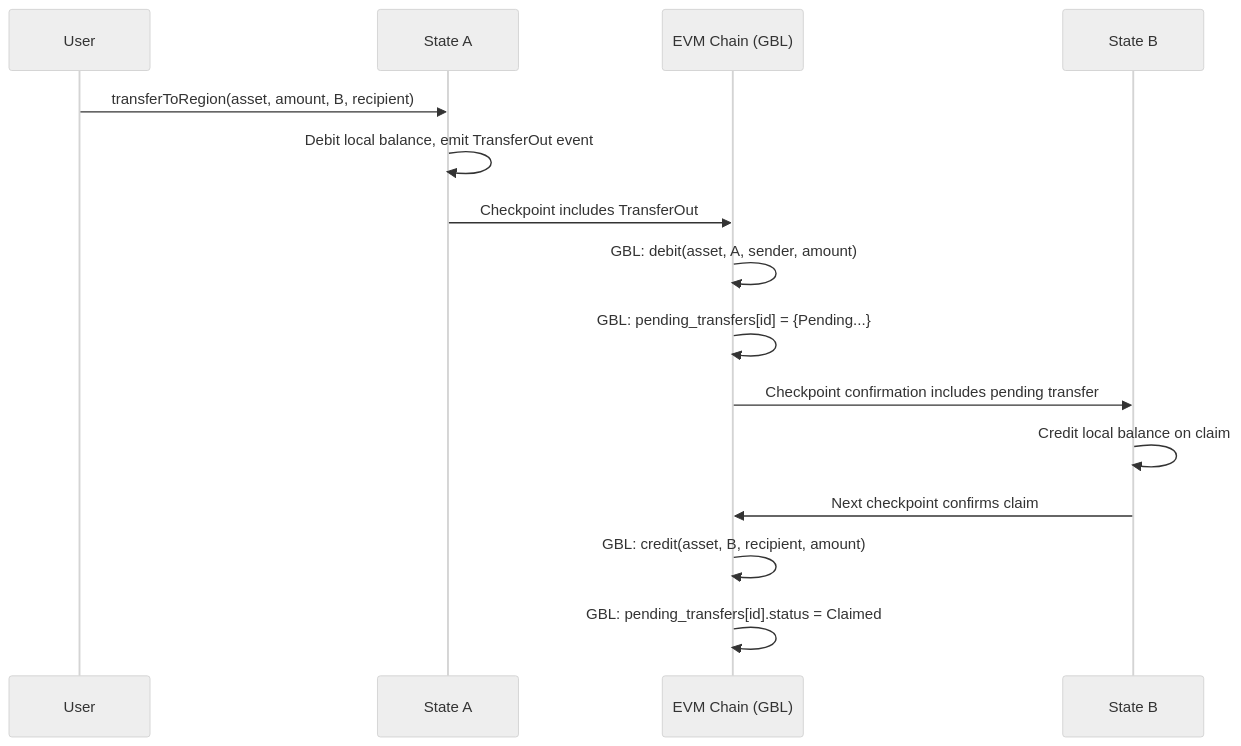
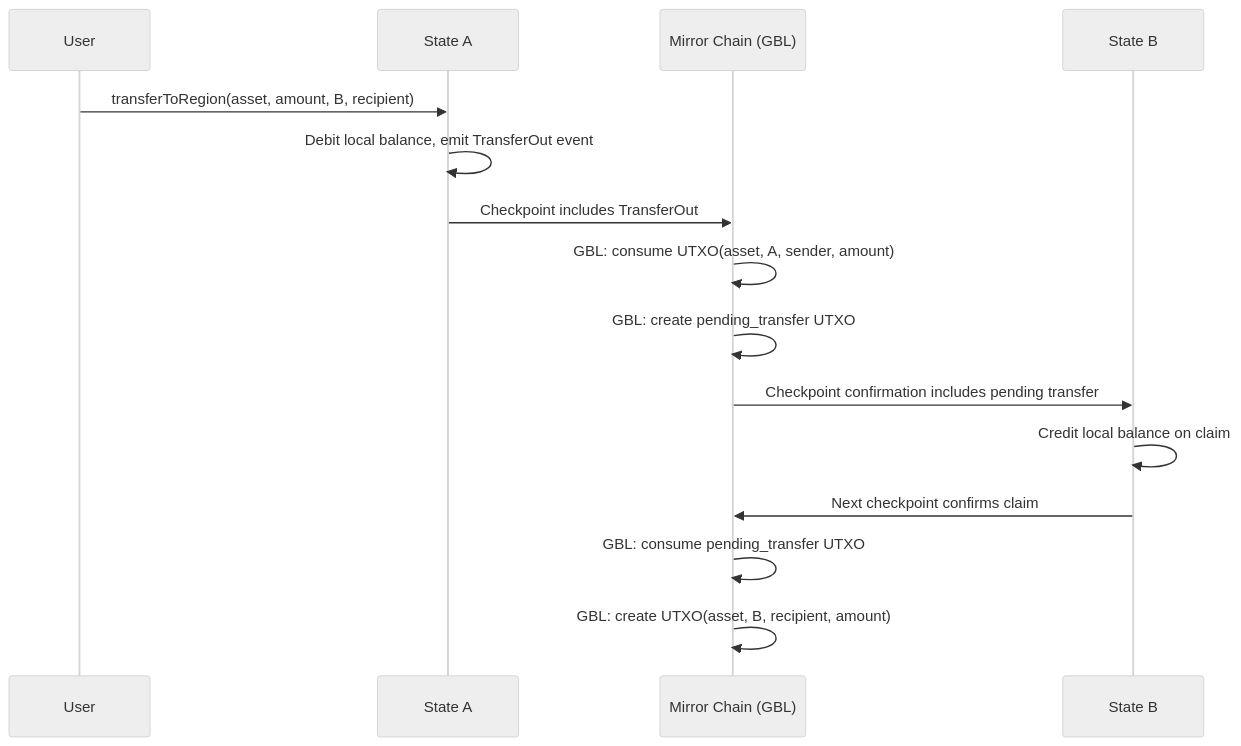
The second of 5 diagrams in whitepaper.md (cryft-labs/cryftnet-whitepaper), drawn with Mermaid (neutral theme) before and after one commit. The commit also changed other lines of this file and 10 other files, not shown here.

First line of the commit message:
Refactor Global Balance Ledger (GBL) architecture and responsibilities across chains

````diff
--- a/whitepaper.md
+++ b/whitepaper.md
@@ -219,18 +236,18 @@
 ```mermaid
 sequenceDiagram
   participant User
   participant StateA as State A
-  participant MChain as EVM Chain (GBL)
+  participant Mirror as Mirror Chain (GBL)
   participant StateB as State B
   
   User->>StateA: transferToRegion(asset, amount, B, recipient)
   StateA->>StateA: Debit local balance, emit TransferOut event
-  StateA->>MChain: Checkpoint includes TransferOut
-  MChain->>MChain: GBL: debit(asset, A, sender, amount)
-  MChain->>MChain: GBL: pending_transfers[id] = {Pending...}
-  MChain->>StateB: Checkpoint confirmation includes pending transfer
+  StateA->>Mirror: Checkpoint includes TransferOut
+  Mirror->>Mirror: GBL: consume UTXO(asset, A, sender, amount)
+  Mirror->>Mirror: GBL: create pending_transfer UTXO
+  Mirror->>StateB: Checkpoint confirmation includes pending transfer
   StateB->>StateB: Credit local balance on claim
-  StateB->>MChain: Next checkpoint confirms claim
-  MChain->>MChain: GBL: credit(asset, B, recipient, amount)
-  MChain->>MChain: GBL: pending_transfers[id].status = Claimed
+  StateB->>Mirror: Next checkpoint confirms claim
+  Mirror->>Mirror: GBL: consume pending_transfer UTXO
+  Mirror->>Mirror: GBL: create UTXO(asset, B, recipient, amount)
 ```
````
